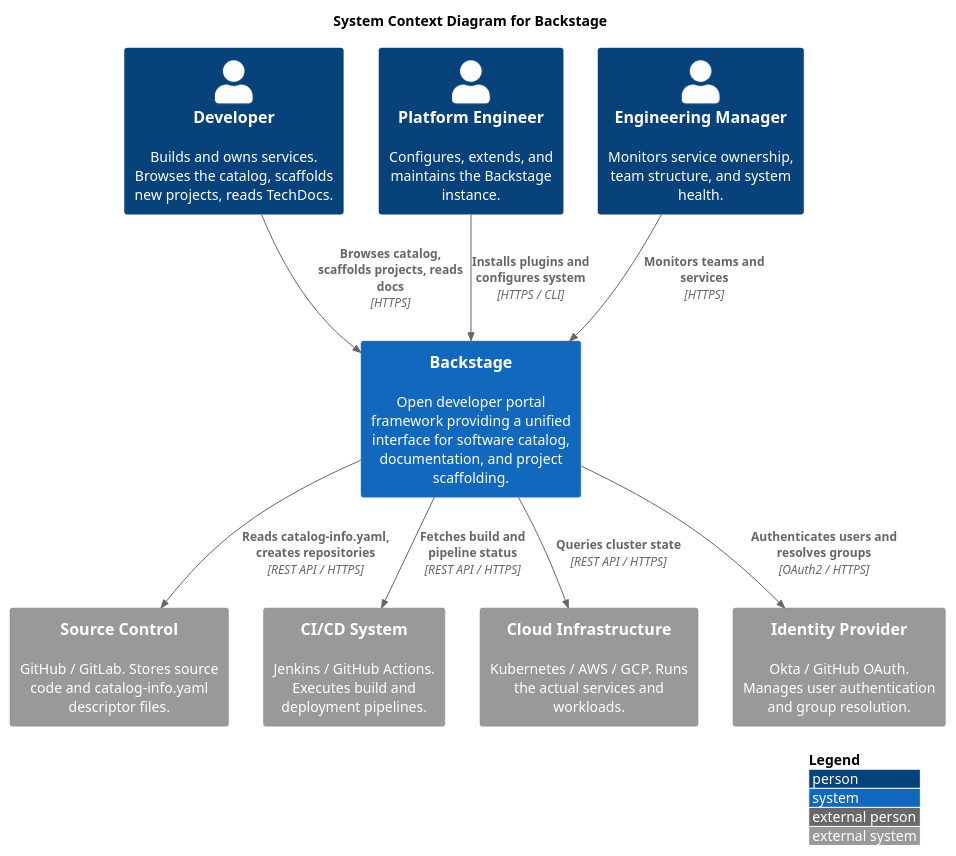
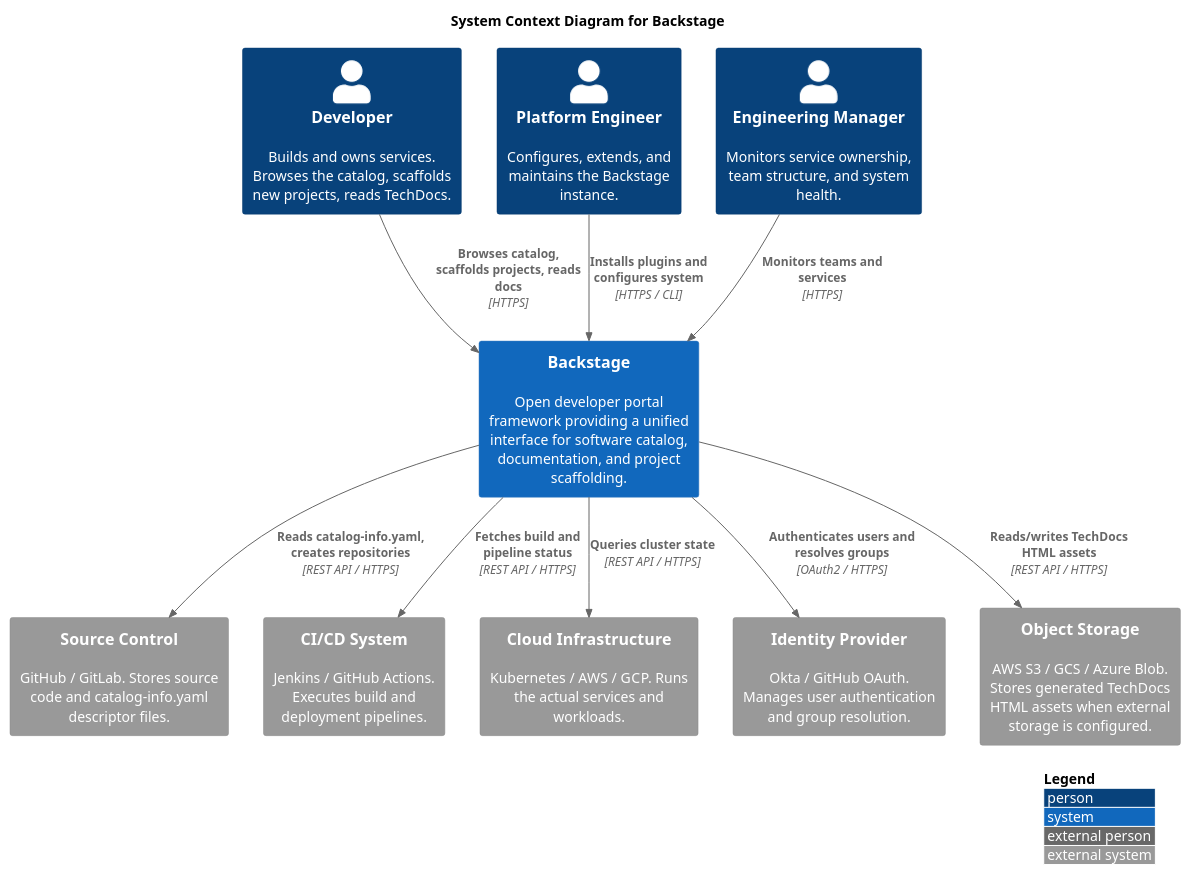
The diagram in notes/architecture/diagrams/context-diagram.puml (Group06-SwDA/Project), drawn with PlantUML before and after one commit. The commit also changed 10 other files, not shown here.

Commit message:
feat: updated resport and diagrams

```diff
--- a/notes/architecture/diagrams/context-diagram.puml
+++ b/notes/architecture/diagrams/context-diagram.puml
@@ -1,25 +1,27 @@
 @startuml
-!include https://raw.githubusercontent.com/plantuml-stdlib/C4-PlantUML/master/C4_Context.puml
+!include <c4/C4_Context.puml>
 LAYOUT_WITH_LEGEND()
 title System Context Diagram for Backstage
 
 Person(developer, "Developer", "Builds and owns services. Browses the catalog, scaffolds new projects, reads TechDocs.")
 Person(platform_eng, "Platform Engineer", "Configures, extends, and maintains the Backstage instance.")
 Person(eng_manager, "Engineering Manager", "Monitors service ownership, team structure, and system health.")
 
 System(backstage, "Backstage", "Open developer portal framework providing a unified interface for software catalog, documentation, and project scaffolding.")
 
 System_Ext(source_control, "Source Control", "GitHub / GitLab. Stores source code and catalog-info.yaml descriptor files.")
 System_Ext(cicd, "CI/CD System", "Jenkins / GitHub Actions. Executes build and deployment pipelines.")
 System_Ext(cloud_infra, "Cloud Infrastructure", "Kubernetes / AWS / GCP. Runs the actual services and workloads.")
 System_Ext(idp, "Identity Provider", "Okta / GitHub OAuth. Manages user authentication and group resolution.")
+System_Ext(object_storage, "Object Storage", "AWS S3 / GCS / Azure Blob. Stores generated TechDocs HTML assets when external storage is configured.")
 
 Rel(developer, backstage, "Browses catalog, scaffolds projects, reads docs", "HTTPS")
 Rel(platform_eng, backstage, "Installs plugins and configures system", "HTTPS / CLI")
 Rel(eng_manager, backstage, "Monitors teams and services", "HTTPS")
 
 Rel(backstage, source_control, "Reads catalog-info.yaml, creates repositories", "REST API / HTTPS")
 Rel(backstage, cicd, "Fetches build and pipeline status", "REST API / HTTPS")
 Rel(backstage, cloud_infra, "Queries cluster state", "REST API / HTTPS")
 Rel(backstage, idp, "Authenticates users and resolves groups", "OAuth2 / HTTPS")
+Rel(backstage, object_storage, "Reads/writes TechDocs HTML assets", "REST API / HTTPS")
 @enduml
```
